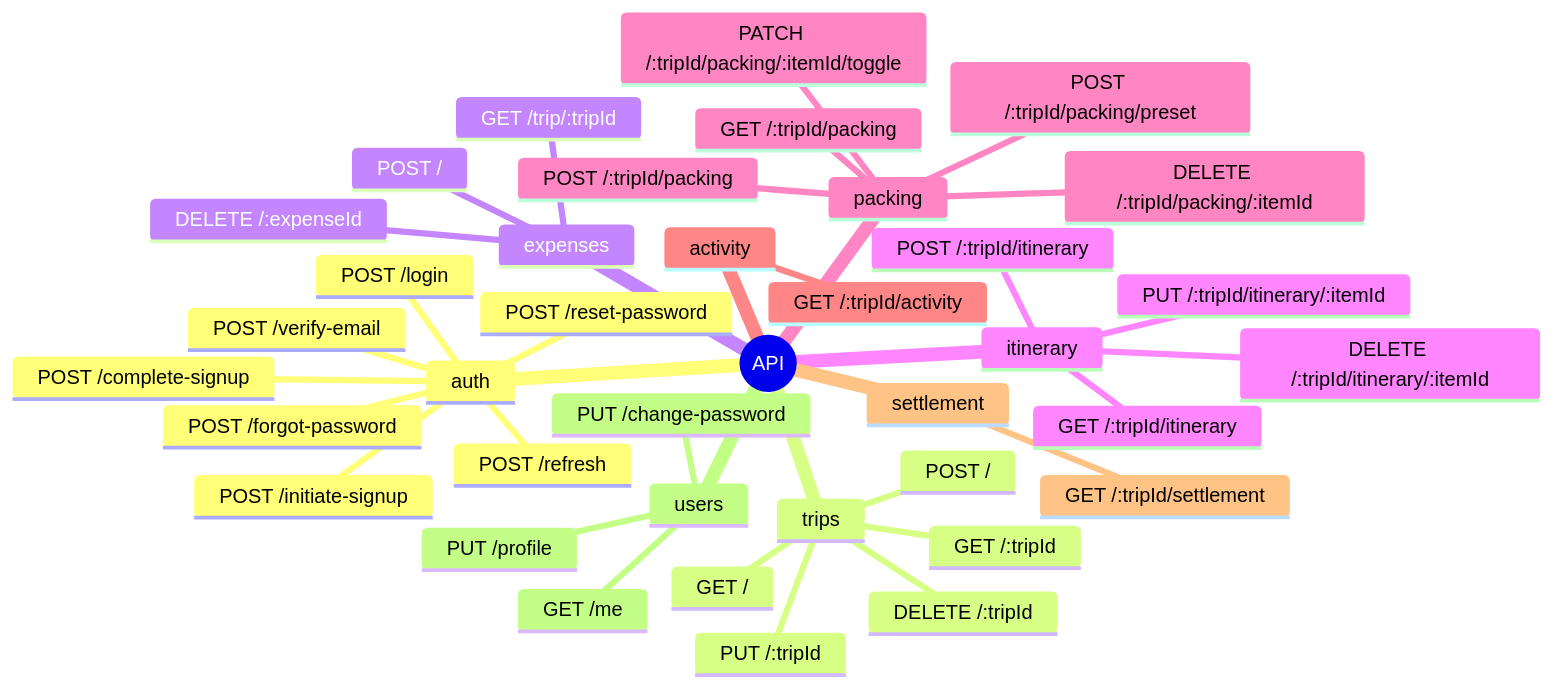
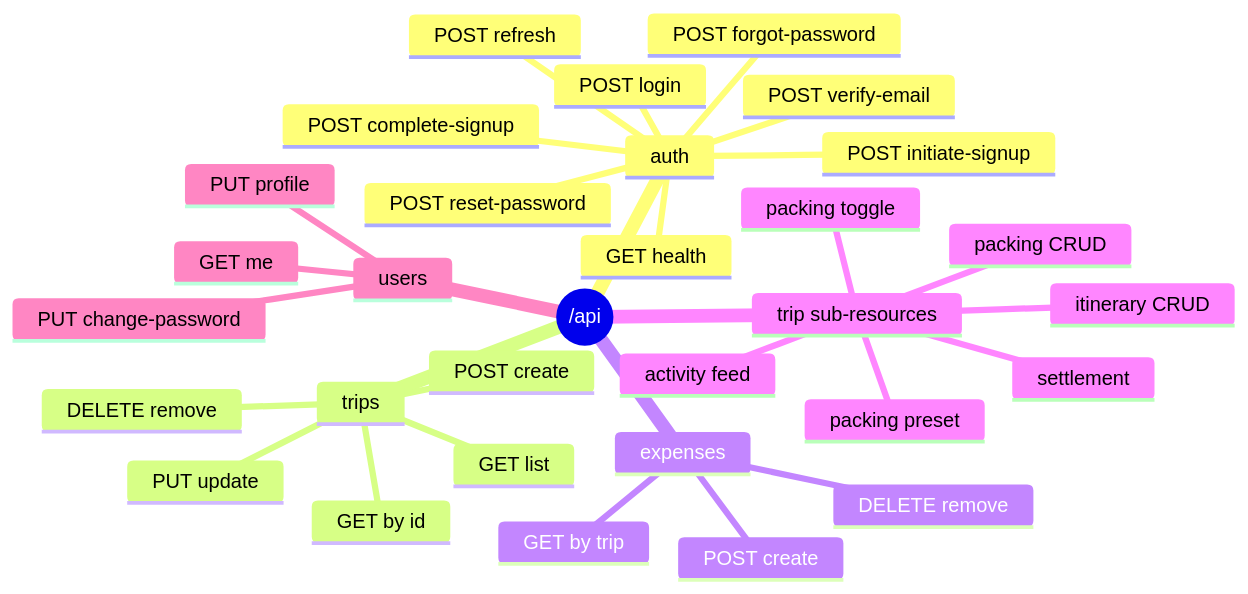
One commit to snsyaqirah/snsyaqirah.github.io changed the tenth of 16 diagrams in portfolio-react/public/docs/travelluhh.md. Above: the diagram before and after it, drawn with Mermaid. The commit also changed other lines of this file and 101 other files, not shown here.

````diff
--- a/portfolio-react/public/docs/travelluhh.md
+++ b/portfolio-react/public/docs/travelluhh.md
@@ -393,41 +415,34 @@
 ```mermaid
 mindmap
-  root((API))
+  root((/api))
     auth
-      POST /initiate-signup
-      POST /verify-email
-      POST /complete-signup
-      POST /login
-      POST /forgot-password
-      POST /reset-password
-      POST /refresh
+      POST initiate-signup
+      POST verify-email
+      POST complete-signup
+      POST login
+      POST forgot-password
+      POST reset-password
+      POST refresh
+      GET health
     trips
-      GET /
-      POST /
-      GET /:tripId
-      PUT /:tripId
-      DELETE /:tripId
+      GET list
+      POST create
+      GET by id
+      PUT update
+      DELETE remove
     expenses
-      POST /
-      GET /trip/:tripId
-      DELETE /:expenseId
-    itinerary
-      GET /:tripId/itinerary
-      POST /:tripId/itinerary
-      PUT /:tripId/itinerary/:itemId
-      DELETE /:tripId/itinerary/:itemId
-    packing
-      GET /:tripId/packing
-      POST /:tripId/packing
-      PATCH /:tripId/packing/:itemId/toggle
-      DELETE /:tripId/packing/:itemId
-      POST /:tripId/packing/preset
-    activity
-      GET /:tripId/activity
-    settlement
-      GET /:tripId/settlement
+      POST create
+      GET by trip
+      DELETE remove
+    trip sub-resources
+      itinerary CRUD
+      packing CRUD
+      packing toggle
+      packing preset
+      activity feed
+      settlement
     users
-      GET /me
-      PUT /profile
-      PUT /change-password
+      GET me
+      PUT profile
+      PUT change-password
 ```
````
